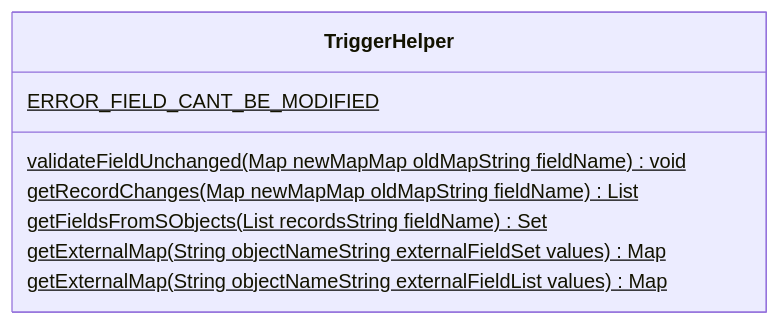
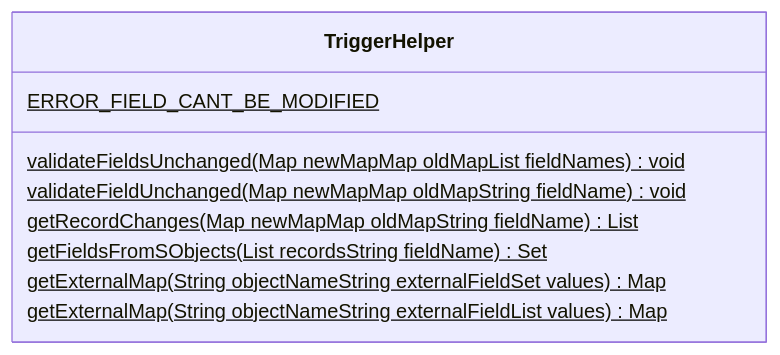
Before and after one commit to sebastianclaros/stockventa: the diagram in docs/diccionarios/classes/TriggerHelper.md, drawn with Mermaid. The commit also changed other lines of this file and 13 other files, not shown here.

````diff
--- a/docs/diccionarios/classes/TriggerHelper.md
+++ b/docs/diccionarios/classes/TriggerHelper.md
@@ -19,14 +19,15 @@
 ```mermaid
 classDiagram
 
 class TriggerHelper {
     
      ERROR_FIELD_CANT_BE_MODIFIED $    
+     validateFieldsUnchanged(Map newMapMap oldMapList fieldNames) void $
      validateFieldUnchanged(Map newMapMap oldMapString fieldName) void $
      getRecordChanges(Map newMapMap oldMapString fieldName) List $
      getFieldsFromSObjects(List recordsString fieldName) Set $
      getExternalMap(String objectNameString externalFieldSet values) Map $
      getExternalMap(String objectNameString externalFieldList values) Map $
 
 }
 ```
````
